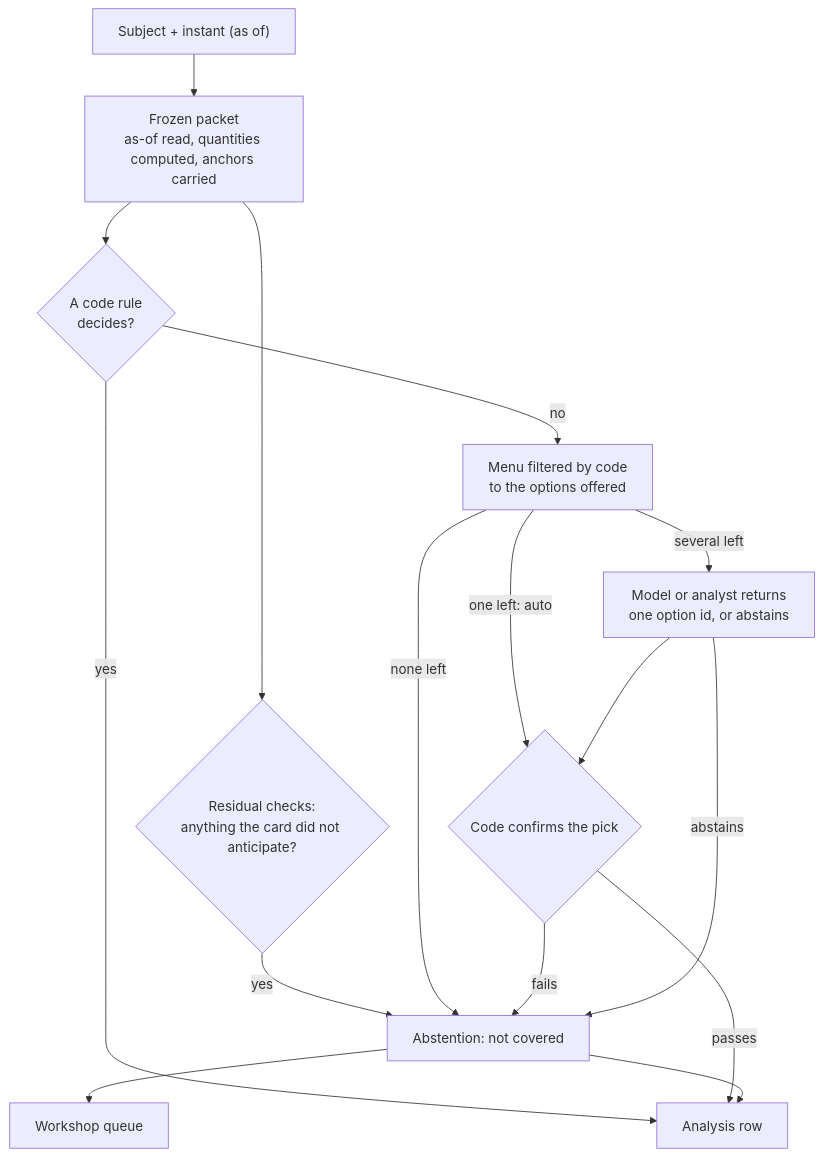
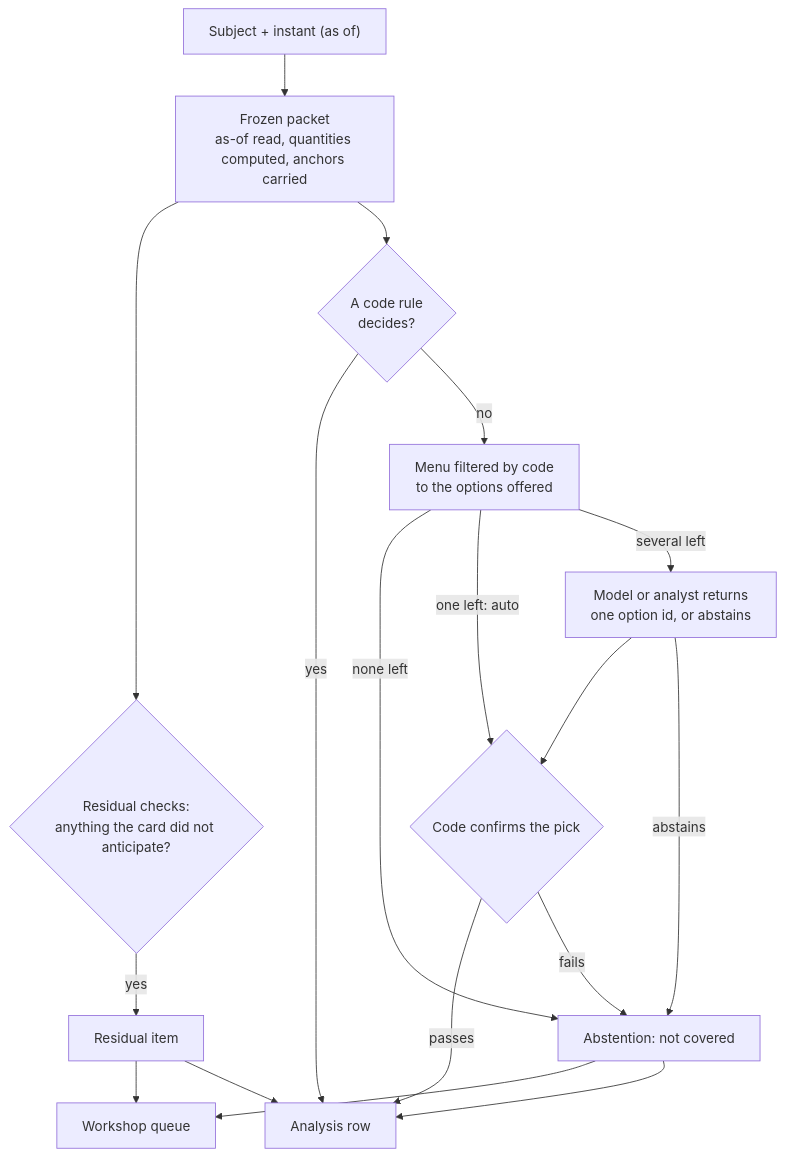
Before and after one commit to Sami-Andaloussi/atlas-research: the diagram in blueprint/L4-analysis.md, drawn with Mermaid. The commit also changed other lines of this file and 10 other files, not shown here.

````diff
--- a/blueprint/L4-analysis.md
+++ b/blueprint/L4-analysis.md
@@ -26,18 +26,20 @@
 ```mermaid
 flowchart TD
     in["Subject + instant (as of)"] --> p["Frozen packet<br/>as-of read, quantities computed, anchors carried"]
     p --> res{"Residual checks:<br/>anything the card did not anticipate?"}
-    res -->|yes| ab
+    res -->|yes| resid["Residual item"]
+    resid --> q
+    resid --> row
     p --> r{"A code rule<br/>decides?"}
     r -->|yes| row["Analysis row"]
     r -->|no| m["Menu filtered by code<br/>to the options offered"]
     m -->|none left| ab["Abstention: not covered"]
     m -->|one left: auto| k
     m -->|several left| c["Model or analyst returns<br/>one option id, or abstains"]
     c --> k{"Code confirms the pick"}
     k -->|passes| row
     k -->|fails| ab
     c -->|abstains| ab
     ab --> q["Workshop queue"]
     ab --> row
 ```
````
